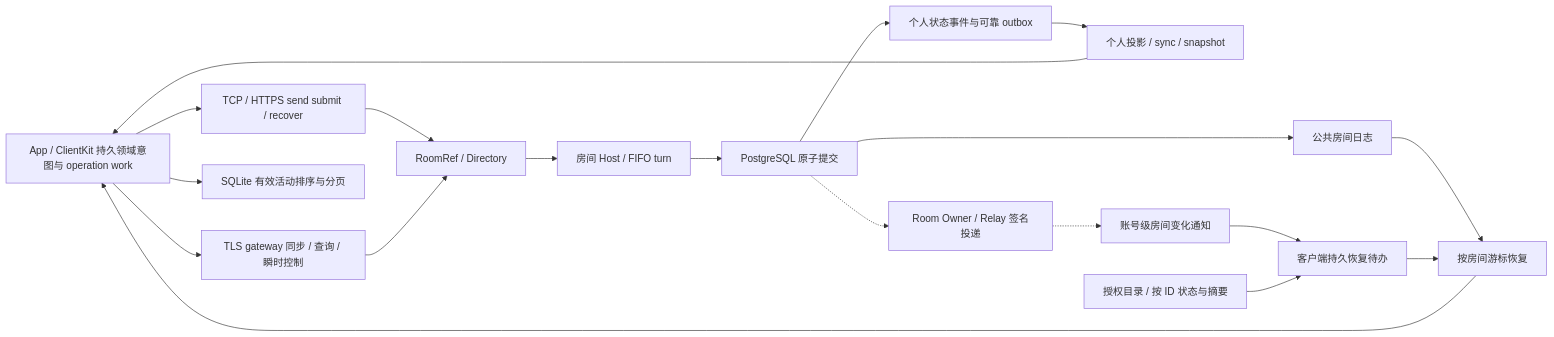
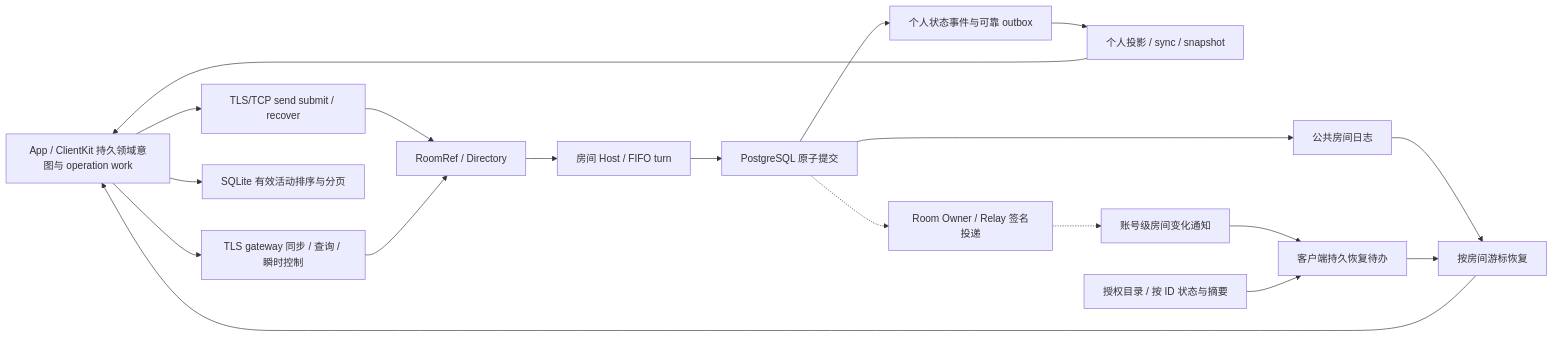
The diagram in docs/current-system-map.md (Yyilin001/IMMonorepo), drawn with Mermaid before and after one commit. The commit also changed other lines of this file and 196 other files, not shown here.

````diff
--- a/docs/current-system-map.md
+++ b/docs/current-system-map.md
@@ -40,21 +40,21 @@
 ```mermaid
 flowchart LR
-    C["App / ClientKit 持久领域意图与 operation work"] --> G["TCP / HTTPS send submit / recover"]
+    C["App / ClientKit 持久领域意图与 operation work"] --> G["TLS/TCP send submit / recover"]
     G --> V["RoomRef / Directory"]
     C --> L["TLS gateway 同步 / 查询 / 瞬时控制"]
     L --> V
     V --> H["房间 Host / FIFO turn"]
     H --> T["PostgreSQL 原子提交"]
     T --> R["公共房间日志"]
     T --> P["个人状态事件与可靠 outbox"]
     P --> S["个人投影 / sync / snapshot"]
     S --> C
     R --> Q["按房间游标恢复"]
     Q --> C
     T -.-> N["Room Owner / Relay 签名投递"]
     N -.-> A["账号级房间变化通知"]
     A --> W["客户端持久恢复待办"]
     W --> Q
     D["授权目录 / 按 ID 状态与摘要"] --> W
     C --> O["SQLite 有效活动排序与分页"]
 ```
````
